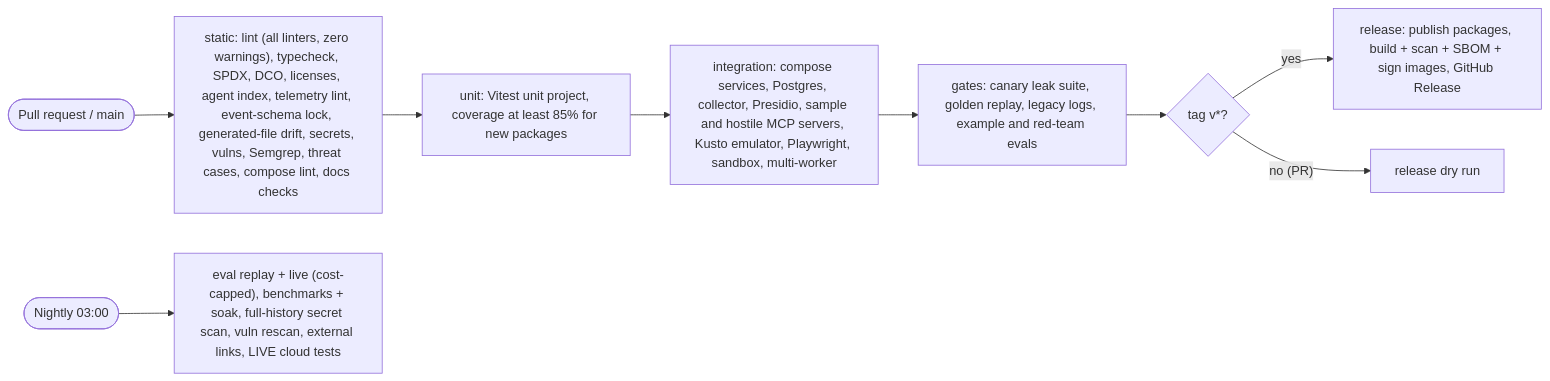
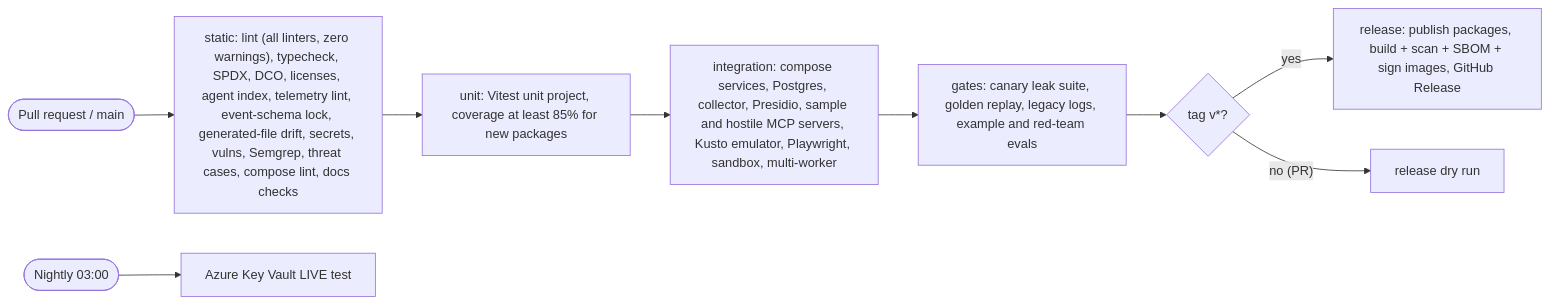
Before and after one commit to Rovinos-AI/rovinos-ai-harness: diagram 17 of 18 in README.md, drawn with Mermaid. The commit also changed other lines of this file and 23 other files, not shown here.

````diff
--- a/README.md
+++ b/README.md
@@ -844,11 +844,11 @@
 ```mermaid
 flowchart LR
   PR(["Pull request / main"]) --> STATIC["static: lint (all linters, zero warnings), typecheck, SPDX, DCO, licenses, agent index, telemetry lint, event-schema lock, generated-file drift, secrets, vulns, Semgrep, threat cases, compose lint, docs checks"]
   STATIC --> UNIT["unit: Vitest unit project, coverage at least 85% for new packages"]
   UNIT --> INTEG["integration: compose services, Postgres, collector, Presidio, sample and hostile MCP servers, Kusto emulator, Playwright, sandbox, multi-worker"]
   INTEG --> GATES["gates: canary leak suite, golden replay, legacy logs, example and red-team evals"]
   GATES --> REL{"tag v*?"}
   REL -- yes --> RELEASE["release: publish packages, build + scan + SBOM + sign images, GitHub Release"]
   REL -- "no (PR)" --> DRY["release dry run"]
-  NIGHTLY(["Nightly 03:00"]) --> NE["eval replay + live (cost-capped), benchmarks + soak, full-history secret scan, vuln rescan, external links, LIVE cloud tests"]
+  NIGHTLY(["Nightly 03:00"]) --> NE["Azure Key Vault LIVE test"]
 ```
````
